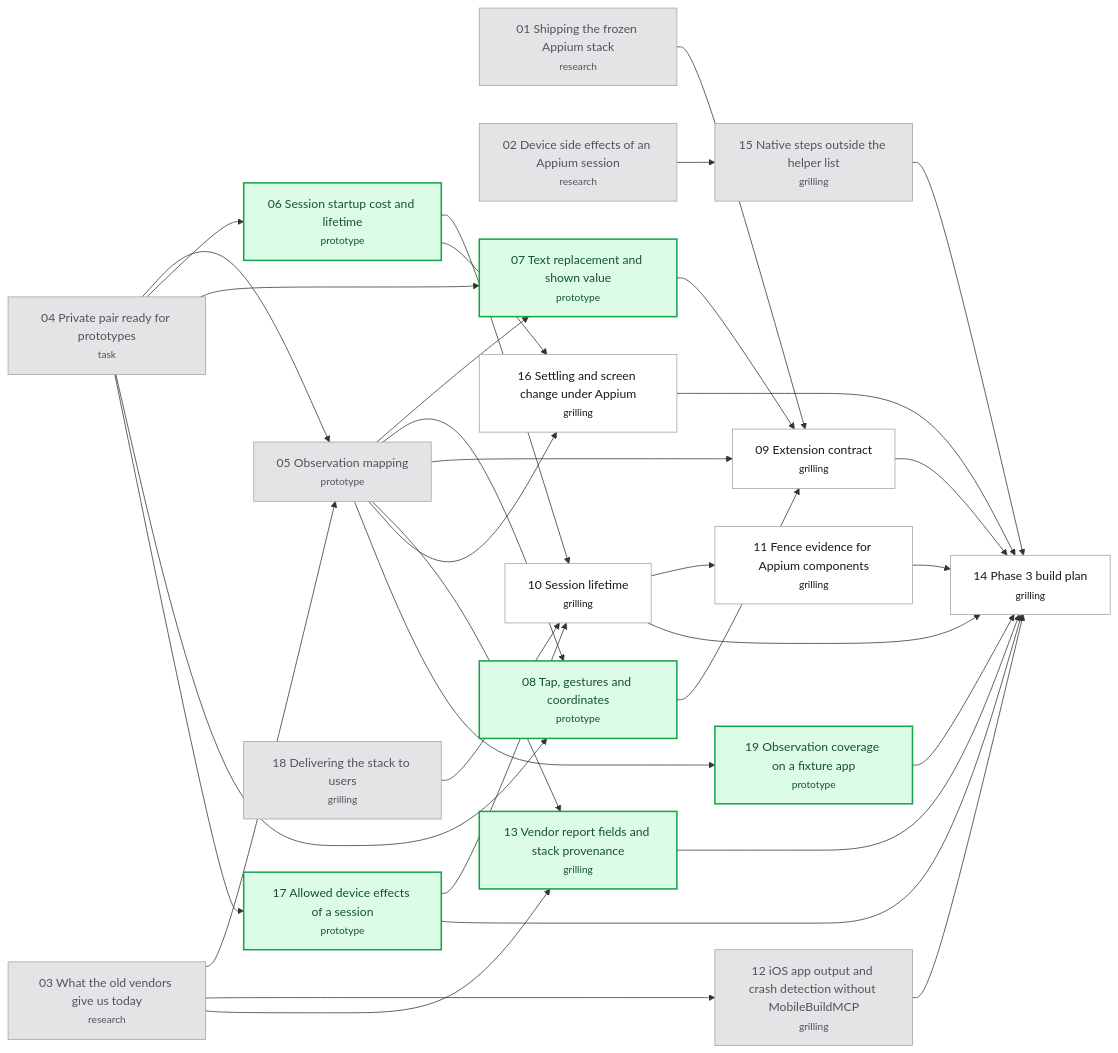
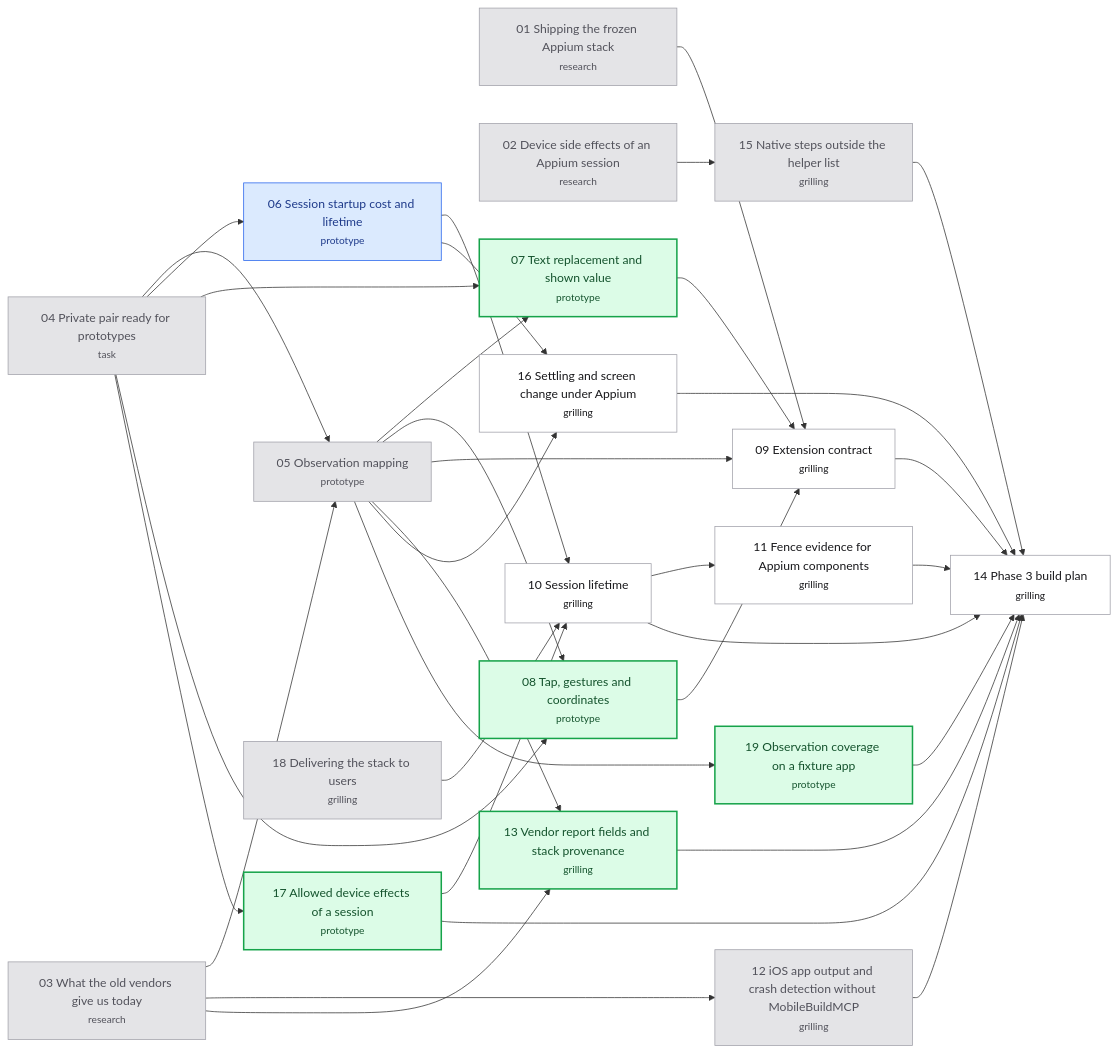
Before and after one commit to hugues-vnsgn/jev-ios-bridge: the diagram in .scratch/appium-phase3/map.md, drawn with Mermaid. The commit also changed 1 other file, not shown here.

Commit message:
docs(appium-phase3): claim Session startup cost and lifetime

````diff
--- a/.scratch/appium-phase3/map.md
+++ b/.scratch/appium-phase3/map.md
@@ -80,61 +80,62 @@
 ```mermaid
 flowchart LR
     T01["01 Shipping the frozen Appium stack<br/><small>research</small>"]
     T02["02 Device side effects of an Appium session<br/><small>research</small>"]
     T03["03 What the old vendors give us today<br/><small>research</small>"]
     T04["04 Private pair ready for prototypes<br/><small>task</small>"]
     T05["05 Observation mapping<br/><small>prototype</small>"]
     T06["06 Session startup cost and lifetime<br/><small>prototype</small>"]
     T07["07 Text replacement and shown value<br/><small>prototype</small>"]
     T08["08 Tap, gestures and coordinates<br/><small>prototype</small>"]
     T09["09 Extension contract<br/><small>grilling</small>"]
     T10["10 Session lifetime<br/><small>grilling</small>"]
     T11["11 Fence evidence for Appium components<br/><small>grilling</small>"]
     T12["12 iOS app output and crash detection without MobileBuildMCP<br/><small>grilling</small>"]
     T13["13 Vendor report fields and stack provenance<br/><small>grilling</small>"]
     T14["14 Phase 3 build plan<br/><small>grilling</small>"]
     T15["15 Native steps outside the helper list<br/><small>grilling</small>"]
     T16["16 Settling and screen change under Appium<br/><small>grilling</small>"]
     T17["17 Allowed device effects of a session<br/><small>prototype</small>"]
     T18["18 Delivering the stack to users<br/><small>grilling</small>"]
     T19["19 Observation coverage on a fixture app<br/><small>prototype</small>"]
     T03 --> T05
     T04 --> T05
     T04 --> T06
     T04 --> T07
     T05 --> T07
     T04 --> T08
     T05 --> T08
     T01 --> T09
     T05 --> T09
     T07 --> T09
     T08 --> T09
     T06 --> T10
     T17 --> T10
     T18 --> T10
     T10 --> T11
     T03 --> T12
     T03 --> T13
     T05 --> T13
     T09 --> T14
     T10 --> T14
     T11 --> T14
     T12 --> T14
     T13 --> T14
     T15 --> T14
     T16 --> T14
     T17 --> T14
     T19 --> T14
     T02 --> T15
     T05 --> T16
     T06 --> T16
     T04 --> T17
     T05 --> T19
     classDef resolved fill:#e4e4e7,stroke:#a1a1aa,color:#52525b
     classDef claimed fill:#dbeafe,stroke:#2563eb,color:#1e3a8a
     classDef frontier fill:#dcfce7,stroke:#16a34a,color:#14532d,stroke-width:2px
     classDef blocked fill:#ffffff,stroke:#a1a1aa,color:#18181b
     class T01,T02,T03,T04,T05,T12,T15,T18 resolved
-    class T06,T07,T08,T13,T17,T19 frontier
+    class T06 claimed
+    class T07,T08,T13,T17,T19 frontier
     class T09,T10,T11,T14,T16 blocked
 ```
````
